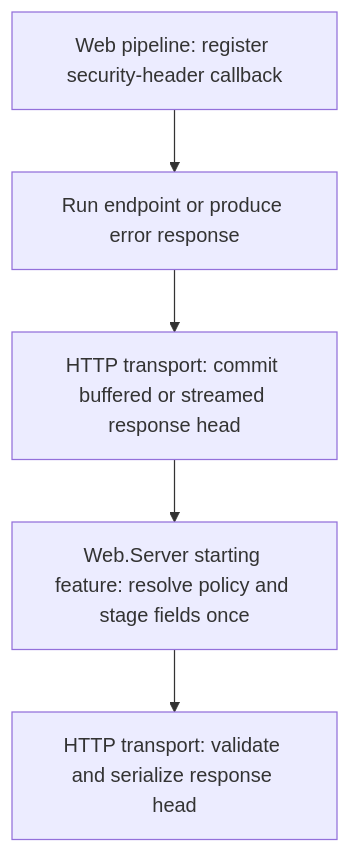
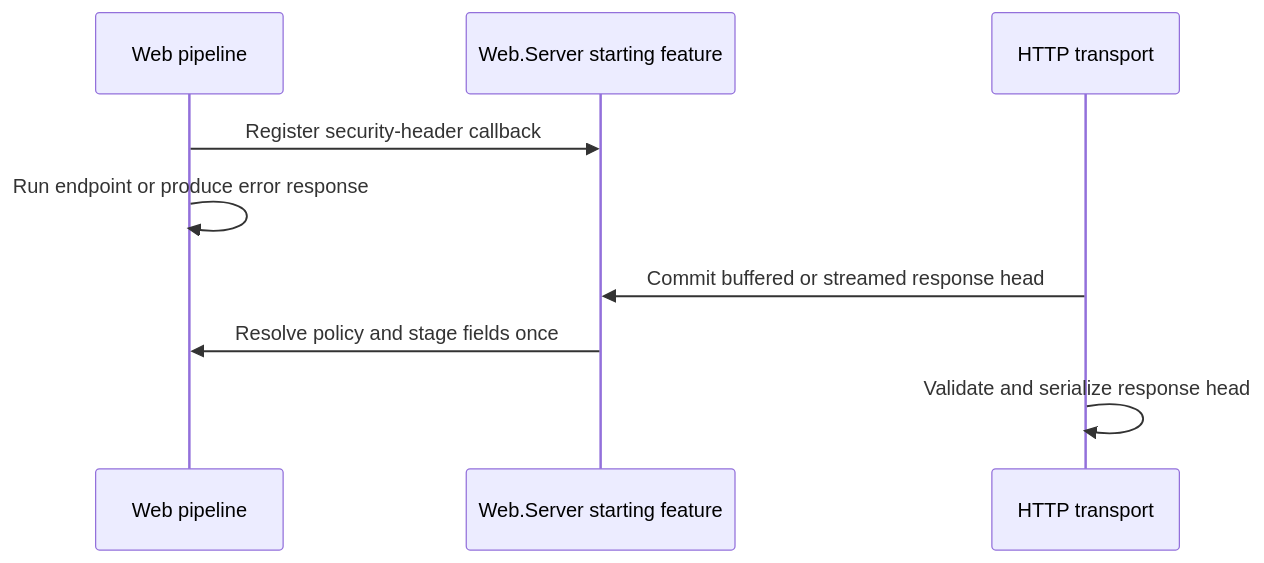
The first of 2 diagrams in docs/dotnet-apis/resources/web/assimalign-cohesion-web-securityheaders/design.md (assimalign/cohesion-docs), drawn with Mermaid before and after one commit. The commit also changed other lines of this file and 60 other files, not shown here.

````diff
--- a/docs/dotnet-apis/resources/web/assimalign-cohesion-web-securityheaders/design.md
+++ b/docs/dotnet-apis/resources/web/assimalign-cohesion-web-securityheaders/design.md
@@ -67,7 +67,11 @@
 ```mermaid
-flowchart TD
-    Register["Web pipeline: register security-header callback"] --> Endpoint["Run endpoint or produce error response"]
-    Endpoint --> Commit["HTTP transport: commit buffered or streamed response head"]
-    Commit --> Stage["Web.Server starting feature: resolve policy and stage fields once"]
-    Stage --> Validate["HTTP transport: validate and serialize response head"]
+sequenceDiagram
+    participant Pipeline as Web pipeline
+    participant Hook as Web.Server starting feature
+    participant Transport as HTTP transport
+    Pipeline->>Hook: Register security-header callback
+    Pipeline->>Pipeline: Run endpoint or produce error response
+    Transport->>Hook: Commit buffered or streamed response head
+    Hook->>Pipeline: Resolve policy and stage fields once
+    Transport->>Transport: Validate and serialize response head
 ```
````
